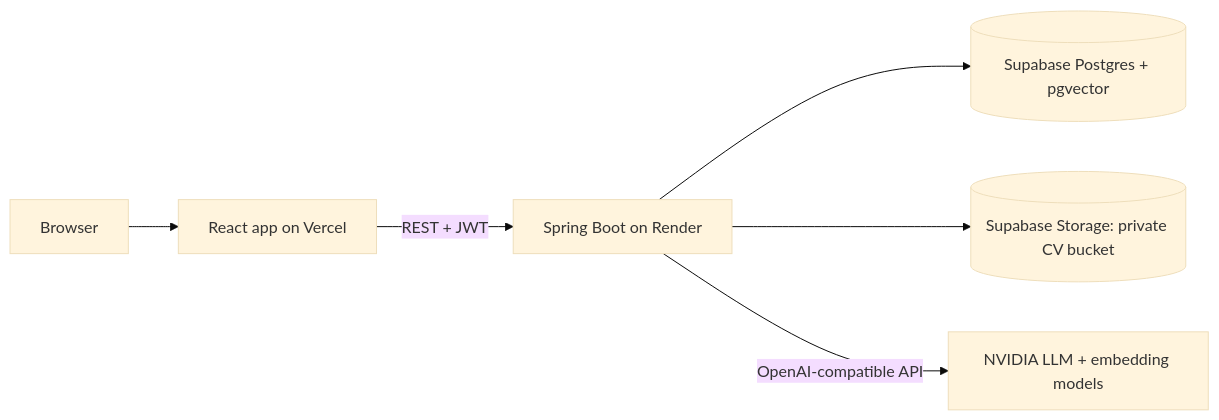
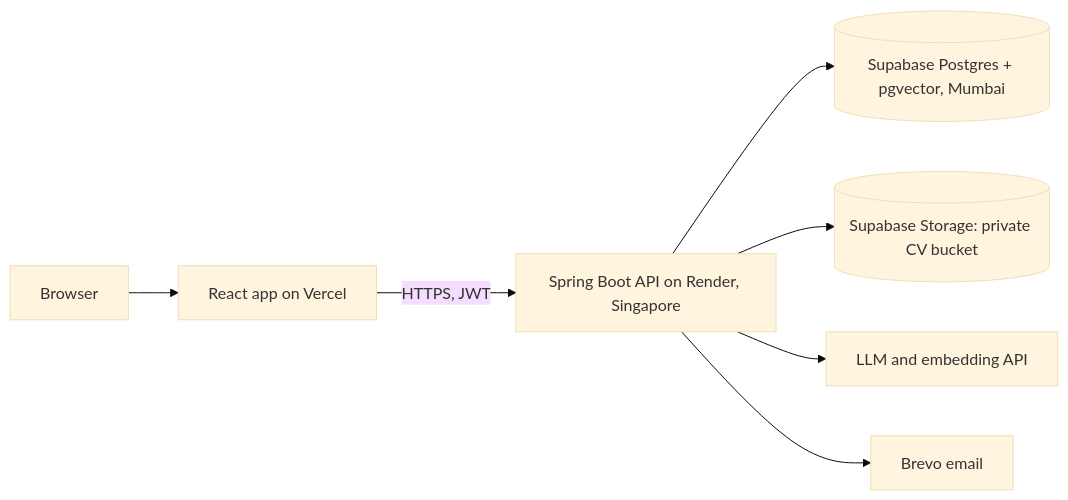
Before and after one commit to Aareen098/avrit-backend: the diagram in README.md, drawn with Mermaid (base theme). The commit also changed other lines of this file and 4 other files, not shown here.

````diff
--- a/README.md
+++ b/README.md
@@ -9,8 +25,9 @@
 ```mermaid
 flowchart LR
   U[Browser] --> V[React app on Vercel]
-  V -->|REST + JWT| R[Spring Boot on Render]
-  R --> DB[(Supabase Postgres + pgvector)]
-  R --> S[(Supabase Storage: private CV bucket)]
-  R -->|OpenAI-compatible API| L[NVIDIA LLM + embedding models]
+  V -->|HTTPS, JWT| B[Spring Boot API on Render, Singapore]
+  B --> D[(Supabase Postgres + pgvector, Mumbai)]
+  B --> S[(Supabase Storage: private CV bucket)]
+  B --> L[LLM and embedding API]
+  B --> M[Brevo email]
 ```
````
